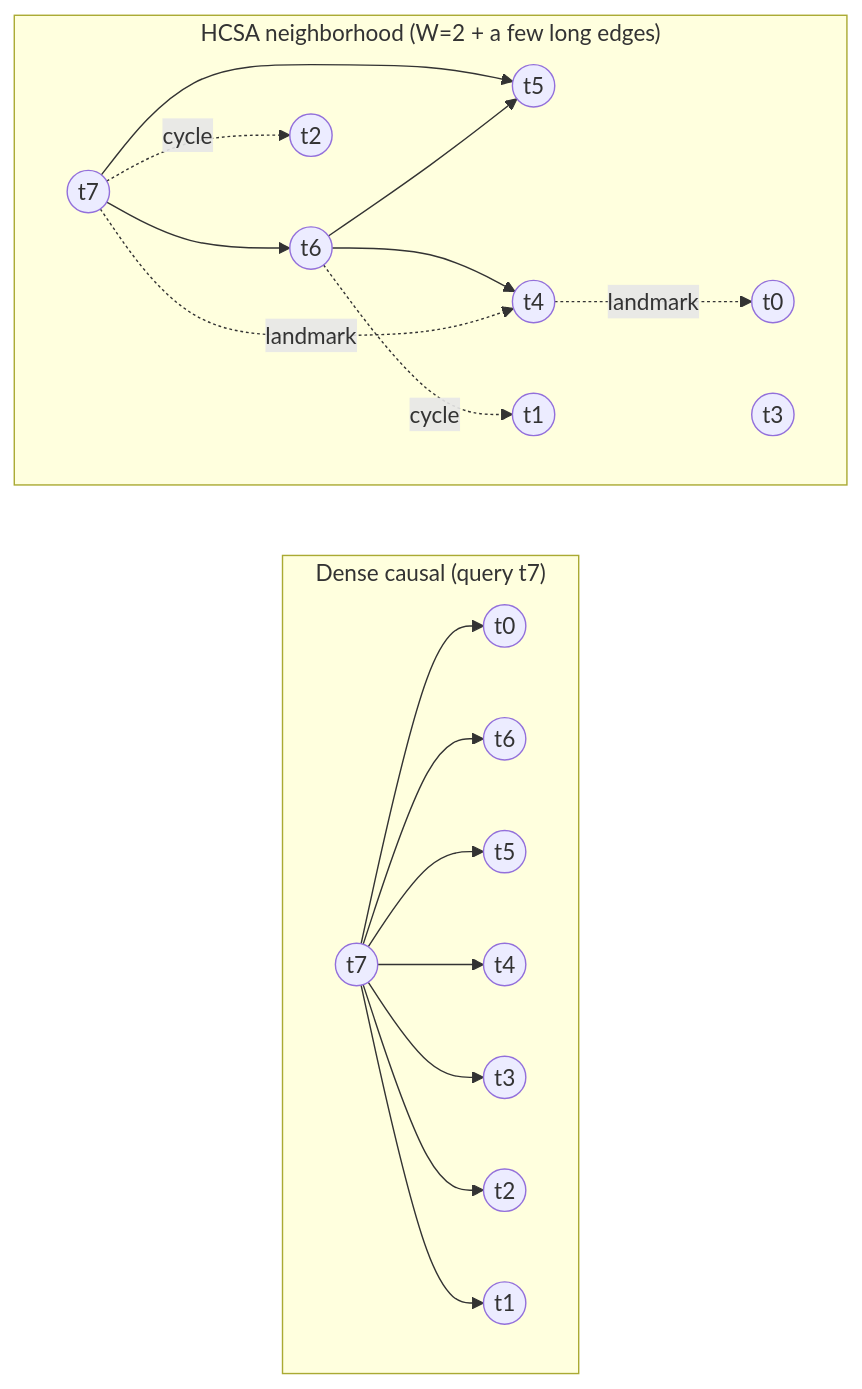
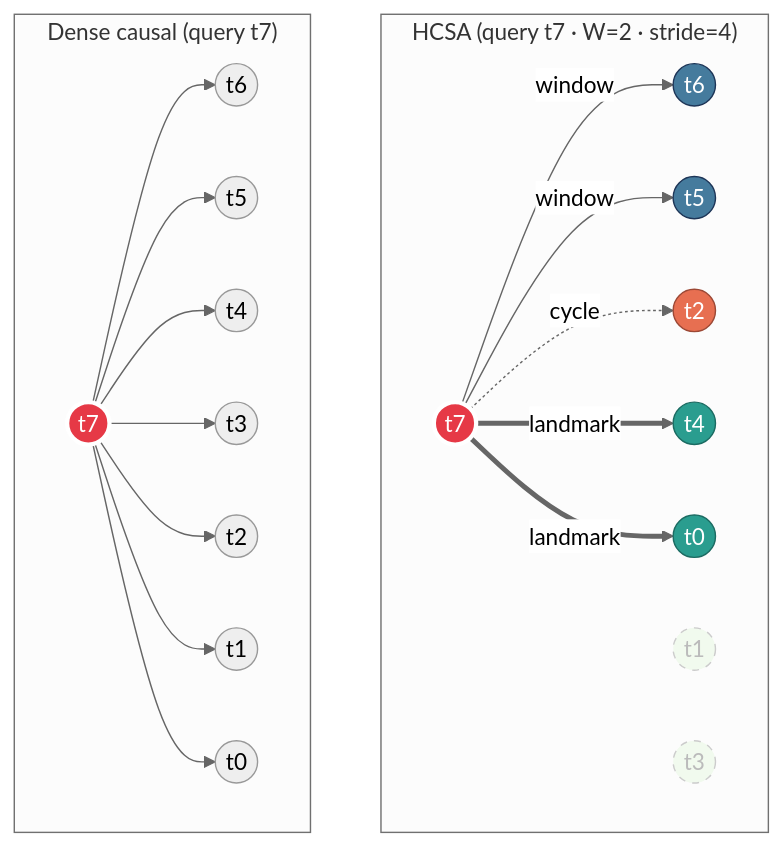
Before and after one commit to Hmbown/Butterfly: the diagram in README.md, drawn with Mermaid. The commit also changed other lines of this file and 202 other files, not shown here.

First line of the commit message:
README: color-coded HCSA vs dense diagram + gitignore .md bloat

````diff
--- a/README.md
+++ b/README.md
@@ -11,47 +13,31 @@
 ```mermaid
-%%{init: {'flowchart': {'curve': 'basis'}}}%%
-flowchart LR
-  subgraph D["Dense causal (query t7)"]
-    direction LR
-    d0((t0))
-    d1((t1))
-    d2((t2))
-    d3((t3))
-    d4((t4))
-    d5((t5))
-    d6((t6))
-    d7((t7))
+%%{init: {'theme': 'neutral', 'flowchart': {'curve': 'basis'}}}%%
+flowchart TB
+    subgraph S["HCSA  (query t7 · W=2 · stride=4)"]
+        s7((t7)):::q
+        s7 -->|window| s6((t6)):::w
+        s7 -->|window| s5((t5)):::w
+        s7 -.->|cycle| s2((t2)):::c
+        s7 ==>|landmark| s4((t4)):::l
+        s7 ==>|landmark| s0((t0)):::l
+        s7 ~~~ s1((t1)):::skip
+        s7 ~~~ s3((t3)):::skip
+    end
 
-    d7 --> d6
-    d7 --> d5
-    d7 --> d4
-    d7 --> d3
-    d7 --> d2
-    d7 --> d1
-    d7 --> d0
-  end
+    subgraph D["Dense causal  (query t7)"]
+        d7((t7)):::q
+        d7 --> d6((t6))
+        d7 --> d5((t5))
+        d7 --> d4((t4))
+        d7 --> d3((t3))
+        d7 --> d2((t2))
+        d7 --> d1((t1))
+        d7 --> d0((t0))
+    end
 
-  subgraph S["HCSA neighborhood (W=2 + a few long edges)"]
-    direction LR
-    s0((t0))
-    s1((t1))
-    s2((t2))
-    s3((t3))
-    s4((t4))
-    s5((t5))
-    s6((t6))
-    s7((t7))
-
-    %% local window
-    s7 --> s6
-    s7 --> s5
-    s6 --> s5
-    s6 --> s4
-
-    %% sparse long edges (examples)
-    s7 -. cycle .-> s2
-    s7 -. landmark .-> s4
-    s6 -. cycle .-> s1
-    s4 -. landmark .-> s0
-  end
+    classDef q fill:#e63946,stroke:#fff,color:#fff,stroke-width:3px
+    classDef w fill:#457b9d,stroke:#1d3557,color:#fff
+    classDef c fill:#e76f51,stroke:#9c4835,color:#fff
+    classDef l fill:#2a9d8f,stroke:#1b6b62,color:#fff
+    classDef skip fill:#f1faee,stroke:#ccc,color:#bbb,stroke-dasharray:5 5
 ```
````
